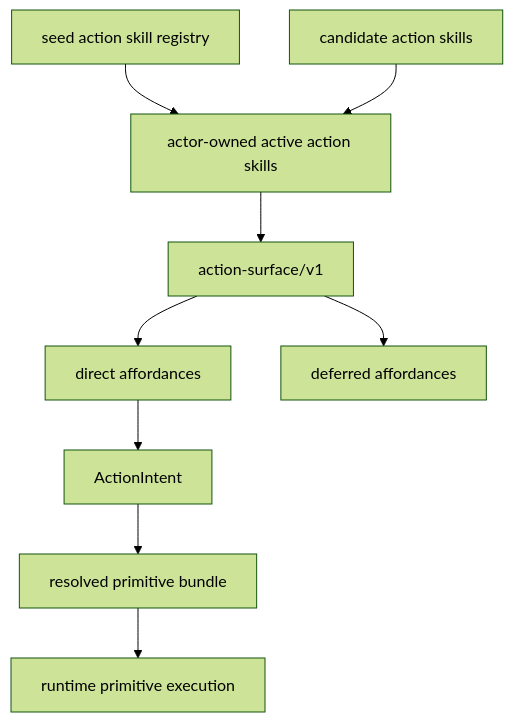
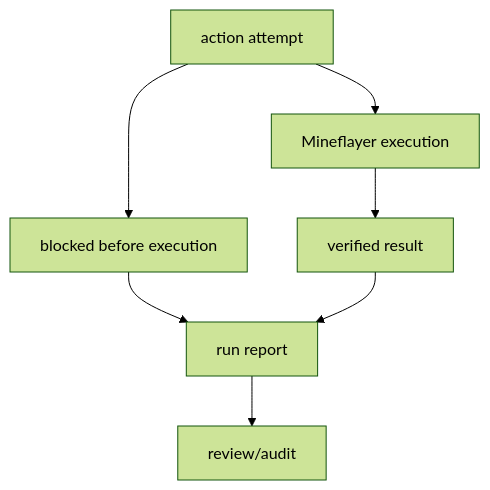
Before and after one commit to gigio1023/minecraft-llm-agent-community: the tenth of 11 diagrams in CURRENT_IMPLEMENTATION_ARCHITECTURE_REVIEW.md, drawn with Mermaid (forest theme). The commit also changed other lines of this file and 83 other files, not shown here.

Commit message:
runtime: align observation context architecture

````diff
--- a/CURRENT_IMPLEMENTATION_ARCHITECTURE_REVIEW.md
+++ b/CURRENT_IMPLEMENTATION_ARCHITECTURE_REVIEW.md
@@ -473,21 +472,13 @@
 ```mermaid
 flowchart TD
-  Seed["seed action skill registry"]
-  Active["actor-owned active action skills"]
-  Candidate["candidate action skills"]
-  Surface["action-surface/v1"]
-  Direct["direct affordances"]
-  Deferred["deferred affordances"]
-  Intent["ActionIntent"]
-  Bundle["resolved primitive bundle"]
-  Primitive["runtime primitive execution"]
+  Attempt["action attempt"]
+  Blocked["blocked before execution"]
+  Executed["Mineflayer execution"]
+  Verified["verified result"]
+  Report["run report"]
+  Audit["review/audit"]
 
-  Seed --> Active
-  Candidate --> Active
-  Active --> Surface
-  Surface --> Direct
-  Surface --> Deferred
-  Direct --> Intent
-  Intent --> Bundle
-  Bundle --> Primitive
+  Attempt --> Blocked --> Report
+  Attempt --> Executed --> Verified --> Report
+  Report --> Audit
 ```
````
